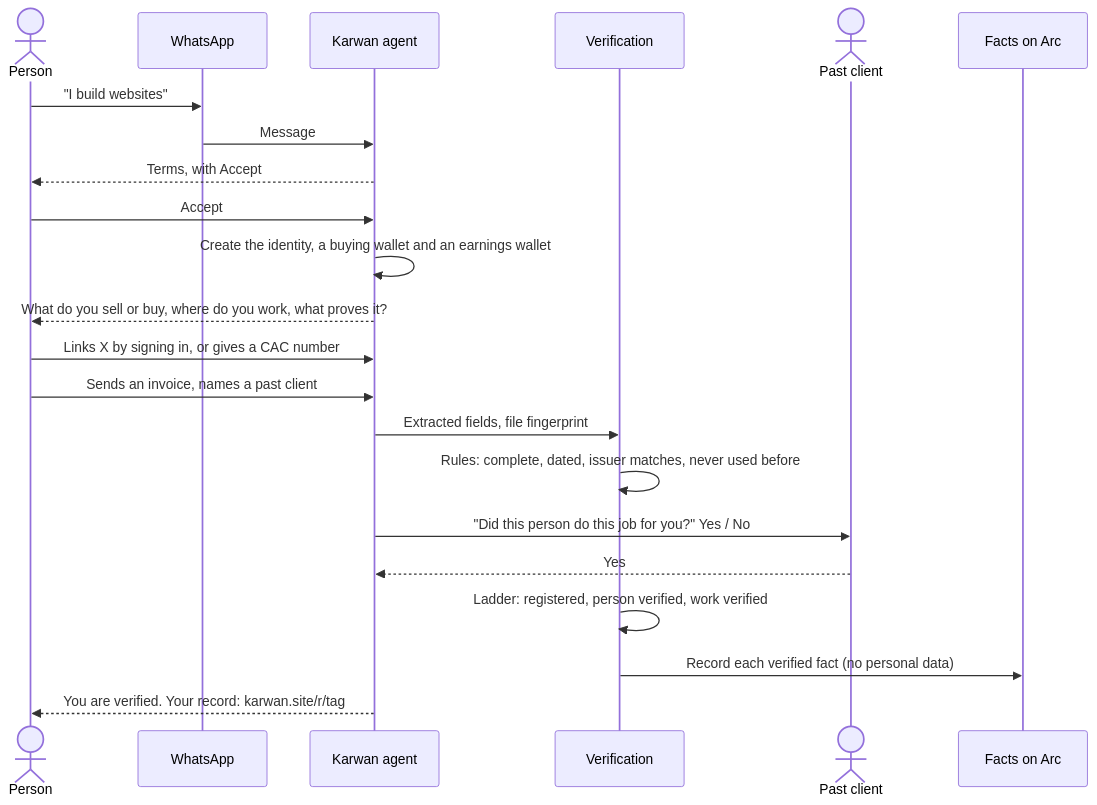
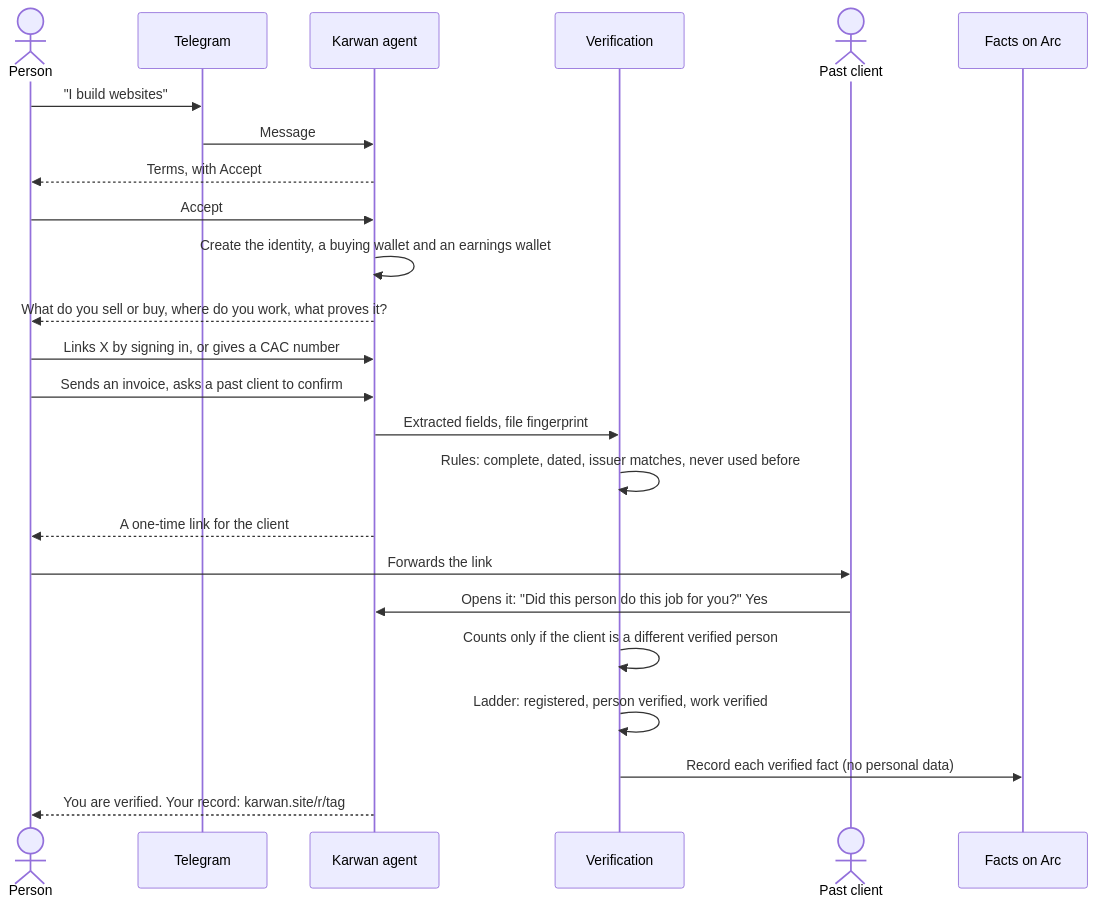
One commit to Iziedking/Karwan changed the second of 6 diagrams in docs/architecture/10-verified-network.md. Above: the diagram before and after it, drawn with Mermaid. The commit also changed other lines of this file and 70 other files, not shown here.

````diff
--- a/docs/architecture/10-verified-network.md
+++ b/docs/architecture/10-verified-network.md
@@ -48,25 +48,27 @@
 ```mermaid
 sequenceDiagram
   actor P as Person
-  participant W as WhatsApp
+  participant W as Telegram
   participant K as Karwan agent
   participant V as Verification
   actor C as Past client
   participant F as Facts on Arc
 
   P->>W: "I build websites"
   W->>K: Message
   K-->>P: Terms, with Accept
   P->>K: Accept
   K->>K: Create the identity, a buying wallet and an earnings wallet
   K-->>P: What do you sell or buy, where do you work, what proves it?
   P->>K: Links X by signing in, or gives a CAC number
-  P->>K: Sends an invoice, names a past client
+  P->>K: Sends an invoice, asks a past client to confirm
   K->>V: Extracted fields, file fingerprint
   V->>V: Rules: complete, dated, issuer matches, never used before
-  K->>C: "Did this person do this job for you?" Yes / No
-  C-->>K: Yes
+  K-->>P: A one-time link for the client
+  P->>C: Forwards the link
+  C->>K: Opens it: "Did this person do this job for you?" Yes
+  V->>V: Counts only if the client is a different verified person
   V->>V: Ladder: registered, person verified, work verified
   V->>F: Record each verified fact (no personal data)
   K-->>P: You are verified. Your record: karwan.site/r/tag
 ```
````
